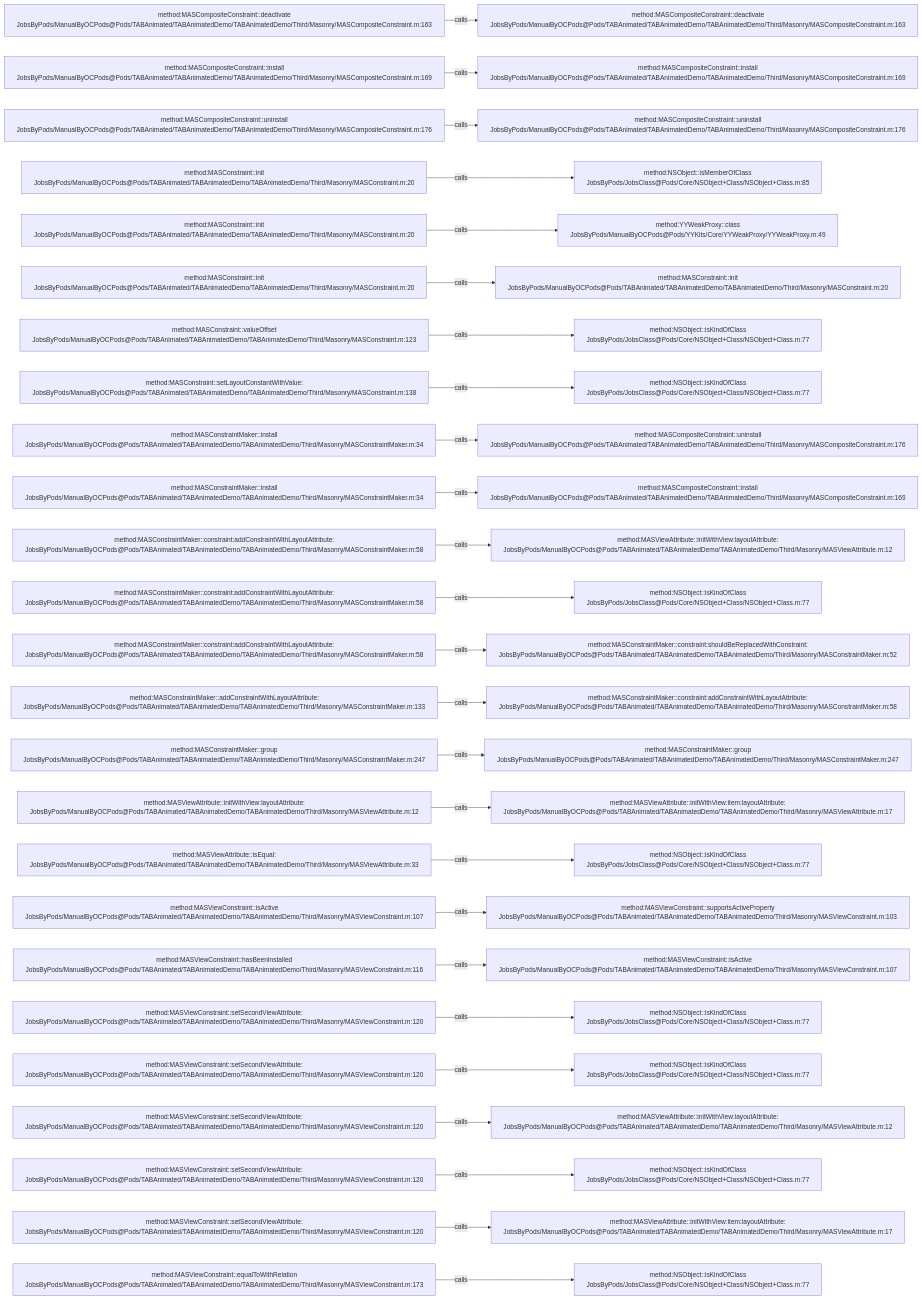
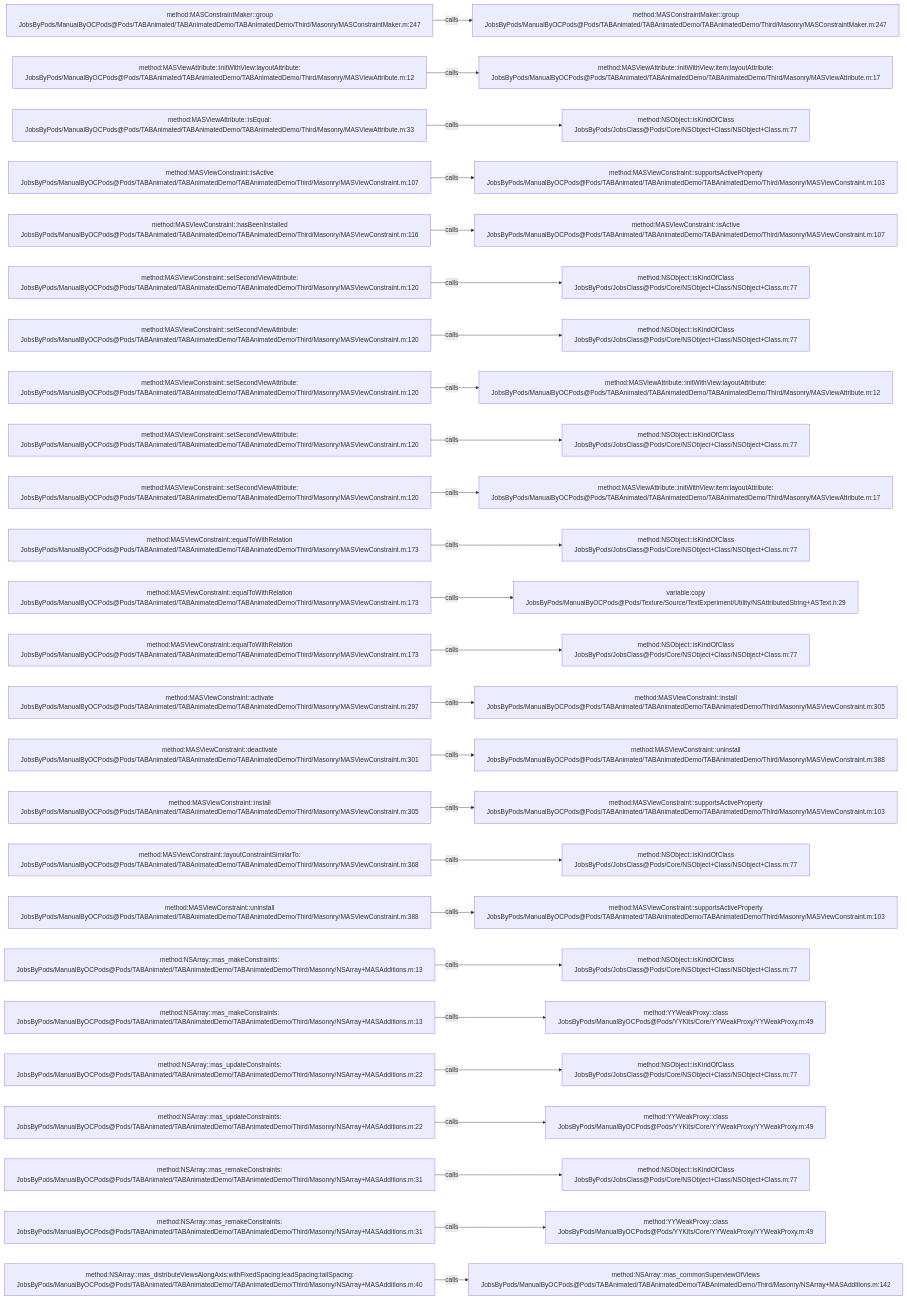
One commit to JobsKits/JobsOCBaseConfigDemo changed the diagram in .codegraph/codegraph.md/graphs/calls-046.md. Above: the diagram before and after it, drawn with Mermaid. The commit also changed 296 other files, not shown here.

````diff
--- a/.codegraph/codegraph.md/graphs/calls-046.md
+++ b/.codegraph/codegraph.md/graphs/calls-046.md
@@ -13,78 +13,78 @@
 ```mermaid
 flowchart LR
-  S1["method:MASCompositeConstraint::deactivate<br/>JobsByPods/ManualByOCPods@Pods/TABAnimated/TABAnimatedDemo/TABAnimatedDemo/Third/Masonry/MASCompositeConstraint.m:163"]
-  T1["method:MASCompositeConstraint::deactivate<br/>JobsByPods/ManualByOCPods@Pods/TABAnimated/TABAnimatedDemo/TABAnimatedDemo/Third/Masonry/MASCompositeConstraint.m:163"]
+  S1["method:MASConstraintMaker::group<br/>JobsByPods/ManualByOCPods@Pods/TABAnimated/TABAnimatedDemo/TABAnimatedDemo/Third/Masonry/MASConstraintMaker.m:247"]
+  T1["method:MASConstraintMaker::group<br/>JobsByPods/ManualByOCPods@Pods/TABAnimated/TABAnimatedDemo/TABAnimatedDemo/Third/Masonry/MASConstraintMaker.m:247"]
   S1 -->|calls| T1
-  S2["method:MASCompositeConstraint::install<br/>JobsByPods/ManualByOCPods@Pods/TABAnimated/TABAnimatedDemo/TABAnimatedDemo/Third/Masonry/MASCompositeConstraint.m:169"]
-  T2["method:MASCompositeConstraint::install<br/>JobsByPods/ManualByOCPods@Pods/TABAnimated/TABAnimatedDemo/TABAnimatedDemo/Third/Masonry/MASCompositeConstraint.m:169"]
+  S2["method:MASViewAttribute::initWithView:layoutAttribute:<br/>JobsByPods/ManualByOCPods@Pods/TABAnimated/TABAnimatedDemo/TABAnimatedDemo/Third/Masonry/MASViewAttribute.m:12"]
+  T2["method:MASViewAttribute::initWithView:item:layoutAttribute:<br/>JobsByPods/ManualByOCPods@Pods/TABAnimated/TABAnimatedDemo/TABAnimatedDemo/Third/Masonry/MASViewAttribute.m:17"]
   S2 -->|calls| T2
-  S3["method:MASCompositeConstraint::uninstall<br/>JobsByPods/ManualByOCPods@Pods/TABAnimated/TABAnimatedDemo/TABAnimatedDemo/Third/Masonry/MASCompositeConstraint.m:176"]
-  T3["method:MASCompositeConstraint::uninstall<br/>JobsByPods/ManualByOCPods@Pods/TABAnimated/TABAnimatedDemo/TABAnimatedDemo/Third/Masonry/MASCompositeConstraint.m:176"]
+  S3["method:MASViewAttribute::isEqual:<br/>JobsByPods/ManualByOCPods@Pods/TABAnimated/TABAnimatedDemo/TABAnimatedDemo/Third/Masonry/MASViewAttribute.m:33"]
+  T3["method:NSObject::isKindOfClass<br/>JobsByPods/JobsClass@Pods/Core/NSObject+Class/NSObject+Class.m:77"]
   S3 -->|calls| T3
-  S4["method:MASConstraint::init<br/>JobsByPods/ManualByOCPods@Pods/TABAnimated/TABAnimatedDemo/TABAnimatedDemo/Third/Masonry/MASConstraint.m:20"]
-  T4["method:NSObject::isMemberOfClass<br/>JobsByPods/JobsClass@Pods/Core/NSObject+Class/NSObject+Class.m:85"]
+  S4["method:MASViewConstraint::isActive<br/>JobsByPods/ManualByOCPods@Pods/TABAnimated/TABAnimatedDemo/TABAnimatedDemo/Third/Masonry/MASViewConstraint.m:107"]
+  T4["method:MASViewConstraint::supportsActiveProperty<br/>JobsByPods/ManualByOCPods@Pods/TABAnimated/TABAnimatedDemo/TABAnimatedDemo/Third/Masonry/MASViewConstraint.m:103"]
   S4 -->|calls| T4
-  S5["method:MASConstraint::init<br/>JobsByPods/ManualByOCPods@Pods/TABAnimated/TABAnimatedDemo/TABAnimatedDemo/Third/Masonry/MASConstraint.m:20"]
-  T5["method:YYWeakProxy::class<br/>JobsByPods/ManualByOCPods@Pods/YYKits/Core/YYWeakProxy/YYWeakProxy.m:49"]
+  S5["method:MASViewConstraint::hasBeenInstalled<br/>JobsByPods/ManualByOCPods@Pods/TABAnimated/TABAnimatedDemo/TABAnimatedDemo/Third/Masonry/MASViewConstraint.m:116"]
+  T5["method:MASViewConstraint::isActive<br/>JobsByPods/ManualByOCPods@Pods/TABAnimated/TABAnimatedDemo/TABAnimatedDemo/Third/Masonry/MASViewConstraint.m:107"]
   S5 -->|calls| T5
-  S6["method:MASConstraint::init<br/>JobsByPods/ManualByOCPods@Pods/TABAnimated/TABAnimatedDemo/TABAnimatedDemo/Third/Masonry/MASConstraint.m:20"]
-  T6["method:MASConstraint::init<br/>JobsByPods/ManualByOCPods@Pods/TABAnimated/TABAnimatedDemo/TABAnimatedDemo/Third/Masonry/MASConstraint.m:20"]
+  S6["method:MASViewConstraint::setSecondViewAttribute:<br/>JobsByPods/ManualByOCPods@Pods/TABAnimated/TABAnimatedDemo/TABAnimatedDemo/Third/Masonry/MASViewConstraint.m:120"]
+  T6["method:NSObject::isKindOfClass<br/>JobsByPods/JobsClass@Pods/Core/NSObject+Class/NSObject+Class.m:77"]
   S6 -->|calls| T6
-  S7["method:MASConstraint::valueOffset<br/>JobsByPods/ManualByOCPods@Pods/TABAnimated/TABAnimatedDemo/TABAnimatedDemo/Third/Masonry/MASConstraint.m:123"]
+  S7["method:MASViewConstraint::setSecondViewAttribute:<br/>JobsByPods/ManualByOCPods@Pods/TABAnimated/TABAnimatedDemo/TABAnimatedDemo/Third/Masonry/MASViewConstraint.m:120"]
   T7["method:NSObject::isKindOfClass<br/>JobsByPods/JobsClass@Pods/Core/NSObject+Class/NSObject+Class.m:77"]
   S7 -->|calls| T7
-  S8["method:MASConstraint::setLayoutConstantWithValue:<br/>JobsByPods/ManualByOCPods@Pods/TABAnimated/TABAnimatedDemo/TABAnimatedDemo/Third/Masonry/MASConstraint.m:138"]
-  T8["method:NSObject::isKindOfClass<br/>JobsByPods/JobsClass@Pods/Core/NSObject+Class/NSObject+Class.m:77"]
+  S8["method:MASViewConstraint::setSecondViewAttribute:<br/>JobsByPods/ManualByOCPods@Pods/TABAnimated/TABAnimatedDemo/TABAnimatedDemo/Third/Masonry/MASViewConstraint.m:120"]
+  T8["method:MASViewAttribute::initWithView:layoutAttribute:<br/>JobsByPods/ManualByOCPods@Pods/TABAnimated/TABAnimatedDemo/TABAnimatedDemo/Third/Masonry/MASViewAttribute.m:12"]
   S8 -->|calls| T8
-  S9["method:MASConstraintMaker::install<br/>JobsByPods/ManualByOCPods@Pods/TABAnimated/TABAnimatedDemo/TABAnimatedDemo/Third/Masonry/MASConstraintMaker.m:34"]
-  T9["method:MASCompositeConstraint::uninstall<br/>JobsByPods/ManualByOCPods@Pods/TABAnimated/TABAnimatedDemo/TABAnimatedDemo/Third/Masonry/MASCompositeConstraint.m:176"]
+  S9["method:MASViewConstraint::setSecondViewAttribute:<br/>JobsByPods/ManualByOCPods@Pods/TABAnimated/TABAnimatedDemo/TABAnimatedDemo/Third/Masonry/MASViewConstraint.m:120"]
+  T9["method:NSObject::isKindOfClass<br/>JobsByPods/JobsClass@Pods/Core/NSObject+Class/NSObject+Class.m:77"]
   S9 -->|calls| T9
-  S10["method:MASConstraintMaker::install<br/>JobsByPods/ManualByOCPods@Pods/TABAnimated/TABAnimatedDemo/TABAnimatedDemo/Third/Masonry/MASConstraintMaker.m:34"]
-  T10["method:MASCompositeConstraint::install<br/>JobsByPods/ManualByOCPods@Pods/TABAnimated/TABAnimatedDemo/TABAnimatedDemo/Third/Masonry/MASCompositeConstraint.m:169"]
+  S10["method:MASViewConstraint::setSecondViewAttribute:<br/>JobsByPods/ManualByOCPods@Pods/TABAnimated/TABAnimatedDemo/TABAnimatedDemo/Third/Masonry/MASViewConstraint.m:120"]
+  T10["method:MASViewAttribute::initWithView:item:layoutAttribute:<br/>JobsByPods/ManualByOCPods@Pods/TABAnimated/TABAnimatedDemo/TABAnimatedDemo/Third/Masonry/MASViewAttribute.m:17"]
   S10 -->|calls| T10
-  S11["method:MASConstraintMaker::constraint:addConstraintWithLayoutAttribute:<br/>JobsByPods/ManualByOCPods@Pods/TABAnimated/TABAnimatedDemo/TABAnimatedDemo/Third/Masonry/MASConstraintMaker.m:58"]
-  T11["method:MASViewAttribute::initWithView:layoutAttribute:<br/>JobsByPods/ManualByOCPods@Pods/TABAnimated/TABAnimatedDemo/TABAnimatedDemo/Third/Masonry/MASViewAttribute.m:12"]
+  S11["method:MASViewConstraint::equalToWithRelation<br/>JobsByPods/ManualByOCPods@Pods/TABAnimated/TABAnimatedDemo/TABAnimatedDemo/Third/Masonry/MASViewConstraint.m:173"]
+  T11["method:NSObject::isKindOfClass<br/>JobsByPods/JobsClass@Pods/Core/NSObject+Class/NSObject+Class.m:77"]
   S11 -->|calls| T11
-  S12["method:MASConstraintMaker::constraint:addConstraintWithLayoutAttribute:<br/>JobsByPods/ManualByOCPods@Pods/TABAnimated/TABAnimatedDemo/TABAnimatedDemo/Third/Masonry/MASConstraintMaker.m:58"]
-  T12["method:NSObject::isKindOfClass<br/>JobsByPods/JobsClass@Pods/Core/NSObject+Class/NSObject+Class.m:77"]
+  S12["method:MASViewConstraint::equalToWithRelation<br/>JobsByPods/ManualByOCPods@Pods/TABAnimated/TABAnimatedDemo/TABAnimatedDemo/Third/Masonry/MASViewConstraint.m:173"]
+  T12["variable:copy<br/>JobsByPods/ManualByOCPods@Pods/Texture/Source/TextExperiment/Utility/NSAttributedString+ASText.h:29"]
   S12 -->|calls| T12
-  S13["method:MASConstraintMaker::constraint:addConstraintWithLayoutAttribute:<br/>JobsByPods/ManualByOCPods@Pods/TABAnimated/TABAnimatedDemo/TABAnimatedDemo/Third/Masonry/MASConstraintMaker.m:58"]
-  T13["method:MASConstraintMaker::constraint:shouldBeReplacedWithConstraint:<br/>JobsByPods/ManualByOCPods@Pods/TABAnimated/TABAnimatedDemo/TABAnimatedDemo/Third/Masonry/MASConstraintMaker.m:52"]
+  S13["method:MASViewConstraint::equalToWithRelation<br/>JobsByPods/ManualByOCPods@Pods/TABAnimated/TABAnimatedDemo/TABAnimatedDemo/Third/Masonry/MASViewConstraint.m:173"]
+  T13["method:NSObject::isKindOfClass<br/>JobsByPods/JobsClass@Pods/Core/NSObject+Class/NSObject+Class.m:77"]
   S13 -->|calls| T13
-  S14["method:MASConstraintMaker::addConstraintWithLayoutAttribute:<br/>JobsByPods/ManualByOCPods@Pods/TABAnimated/TABAnimatedDemo/TABAnimatedDemo/Third/Masonry/MASConstraintMaker.m:133"]
-  T14["method:MASConstraintMaker::constraint:addConstraintWithLayoutAttribute:<br/>JobsByPods/ManualByOCPods@Pods/TABAnimated/TABAnimatedDemo/TABAnimatedDemo/Third/Masonry/MASConstraintMaker.m:58"]
+  S14["method:MASViewConstraint::activate<br/>JobsByPods/ManualByOCPods@Pods/TABAnimated/TABAnimatedDemo/TABAnimatedDemo/Third/Masonry/MASViewConstraint.m:297"]
+  T14["method:MASViewConstraint::install<br/>JobsByPods/ManualByOCPods@Pods/TABAnimated/TABAnimatedDemo/TABAnimatedDemo/Third/Masonry/MASViewConstraint.m:305"]
   S14 -->|calls| T14
-  S15["method:MASConstraintMaker::group<br/>JobsByPods/ManualByOCPods@Pods/TABAnimated/TABAnimatedDemo/TABAnimatedDemo/Third/Masonry/MASConstraintMaker.m:247"]
-  T15["method:MASConstraintMaker::group<br/>JobsByPods/ManualByOCPods@Pods/TABAnimated/TABAnimatedDemo/TABAnimatedDemo/Third/Masonry/MASConstraintMaker.m:247"]
+  S15["method:MASViewConstraint::deactivate<br/>JobsByPods/ManualByOCPods@Pods/TABAnimated/TABAnimatedDemo/TABAnimatedDemo/Third/Masonry/MASViewConstraint.m:301"]
+  T15["method:MASViewConstraint::uninstall<br/>JobsByPods/ManualByOCPods@Pods/TABAnimated/TABAnimatedDemo/TABAnimatedDemo/Third/Masonry/MASViewConstraint.m:388"]
   S15 -->|calls| T15
-  S16["method:MASViewAttribute::initWithView:layoutAttribute:<br/>JobsByPods/ManualByOCPods@Pods/TABAnimated/TABAnimatedDemo/TABAnimatedDemo/Third/Masonry/MASViewAttribute.m:12"]
-  T16["method:MASViewAttribute::initWithView:item:layoutAttribute:<br/>JobsByPods/ManualByOCPods@Pods/TABAnimated/TABAnimatedDemo/TABAnimatedDemo/Third/Masonry/MASViewAttribute.m:17"]
+  S16["method:MASViewConstraint::install<br/>JobsByPods/ManualByOCPods@Pods/TABAnimated/TABAnimatedDemo/TABAnimatedDemo/Third/Masonry/MASViewConstraint.m:305"]
+  T16["method:MASViewConstraint::supportsActiveProperty<br/>JobsByPods/ManualByOCPods@Pods/TABAnimated/TABAnimatedDemo/TABAnimatedDemo/Third/Masonry/MASViewConstraint.m:103"]
   S16 -->|calls| T16
-  S17["method:MASViewAttribute::isEqual:<br/>JobsByPods/ManualByOCPods@Pods/TABAnimated/TABAnimatedDemo/TABAnimatedDemo/Third/Masonry/MASViewAttribute.m:33"]
+  S17["method:MASViewConstraint::layoutConstraintSimilarTo:<br/>JobsByPods/ManualByOCPods@Pods/TABAnimated/TABAnimatedDemo/TABAnimatedDemo/Third/Masonry/MASViewConstraint.m:368"]
   T17["method:NSObject::isKindOfClass<br/>JobsByPods/JobsClass@Pods/Core/NSObject+Class/NSObject+Class.m:77"]
   S17 -->|calls| T17
-  S18["method:MASViewConstraint::isActive<br/>JobsByPods/ManualByOCPods@Pods/TABAnimated/TABAnimatedDemo/TABAnimatedDemo/Third/Masonry/MASViewConstraint.m:107"]
+  S18["method:MASViewConstraint::uninstall<br/>JobsByPods/ManualByOCPods@Pods/TABAnimated/TABAnimatedDemo/TABAnimatedDemo/Third/Masonry/MASViewConstraint.m:388"]
   T18["method:MASViewConstraint::supportsActiveProperty<br/>JobsByPods/ManualByOCPods@Pods/TABAnimated/TABAnimatedDemo/TABAnimatedDemo/Third/Masonry/MASViewConstraint.m:103"]
   S18 -->|calls| T18
-  S19["method:MASViewConstraint::hasBeenInstalled<br/>JobsByPods/ManualByOCPods@Pods/TABAnimated/TABAnimatedDemo/TABAnimatedDemo/Third/Masonry/MASViewConstraint.m:116"]
-  T19["method:MASViewConstraint::isActive<br/>JobsByPods/ManualByOCPods@Pods/TABAnimated/TABAnimatedDemo/TABAnimatedDemo/Third/Masonry/MASViewConstraint.m:107"]
+  S19["method:NSArray::mas_makeConstraints:<br/>JobsByPods/ManualByOCPods@Pods/TABAnimated/TABAnimatedDemo/TABAnimatedDemo/Third/Masonry/NSArray+MASAdditions.m:13"]
+  T19["method:NSObject::isKindOfClass<br/>JobsByPods/JobsClass@Pods/Core/NSObject+Class/NSObject+Class.m:77"]
   S19 -->|calls| T19
-  S20["method:MASViewConstraint::setSecondViewAttribute:<br/>JobsByPods/ManualByOCPods@Pods/TABAnimated/TABAnimatedDemo/TABAnimatedDemo/Third/Masonry/MASViewConstraint.m:120"]
-  T20["method:NSObject::isKindOfClass<br/>JobsByPods/JobsClass@Pods/Core/NSObject+Class/NSObject+Class.m:77"]
+  S20["method:NSArray::mas_makeConstraints:<br/>JobsByPods/ManualByOCPods@Pods/TABAnimated/TABAnimatedDemo/TABAnimatedDemo/Third/Masonry/NSArray+MASAdditions.m:13"]
+  T20["method:YYWeakProxy::class<br/>JobsByPods/ManualByOCPods@Pods/YYKits/Core/YYWeakProxy/YYWeakProxy.m:49"]
   S20 -->|calls| T20
-  S21["method:MASViewConstraint::setSecondViewAttribute:<br/>JobsByPods/ManualByOCPods@Pods/TABAnimated/TABAnimatedDemo/TABAnimatedDemo/Third/Masonry/MASViewConstraint.m:120"]
+  S21["method:NSArray::mas_updateConstraints:<br/>JobsByPods/ManualByOCPods@Pods/TABAnimated/TABAnimatedDemo/TABAnimatedDemo/Third/Masonry/NSArray+MASAdditions.m:22"]
   T21["method:NSObject::isKindOfClass<br/>JobsByPods/JobsClass@Pods/Core/NSObject+Class/NSObject+Class.m:77"]
   S21 -->|calls| T21
-  S22["method:MASViewConstraint::setSecondViewAttribute:<br/>JobsByPods/ManualByOCPods@Pods/TABAnimated/TABAnimatedDemo/TABAnimatedDemo/Third/Masonry/MASViewConstraint.m:120"]
-  T22["method:MASViewAttribute::initWithView:layoutAttribute:<br/>JobsByPods/ManualByOCPods@Pods/TABAnimated/TABAnimatedDemo/TABAnimatedDemo/Third/Masonry/MASViewAttribute.m:12"]
+  S22["method:NSArray::mas_updateConstraints:<br/>JobsByPods/ManualByOCPods@Pods/TABAnimated/TABAnimatedDemo/TABAnimatedDemo/Third/Masonry/NSArray+MASAdditions.m:22"]
+  T22["method:YYWeakProxy::class<br/>JobsByPods/ManualByOCPods@Pods/YYKits/Core/YYWeakProxy/YYWeakProxy.m:49"]
   S22 -->|calls| T22
-  S23["method:MASViewConstraint::setSecondViewAttribute:<br/>JobsByPods/ManualByOCPods@Pods/TABAnimated/TABAnimatedDemo/TABAnimatedDemo/Third/Masonry/MASViewConstraint.m:120"]
+  S23["method:NSArray::mas_remakeConstraints:<br/>JobsByPods/ManualByOCPods@Pods/TABAnimated/TABAnimatedDemo/TABAnimatedDemo/Third/Masonry/NSArray+MASAdditions.m:31"]
   T23["method:NSObject::isKindOfClass<br/>JobsByPods/JobsClass@Pods/Core/NSObject+Class/NSObject+Class.m:77"]
   S23 -->|calls| T23
-  S24["method:MASViewConstraint::setSecondViewAttribute:<br/>JobsByPods/ManualByOCPods@Pods/TABAnimated/TABAnimatedDemo/TABAnimatedDemo/Third/Masonry/MASViewConstraint.m:120"]
-  T24["method:MASViewAttribute::initWithView:item:layoutAttribute:<br/>JobsByPods/ManualByOCPods@Pods/TABAnimated/TABAnimatedDemo/TABAnimatedDemo/Third/Masonry/MASViewAttribute.m:17"]
+  S24["method:NSArray::mas_remakeConstraints:<br/>JobsByPods/ManualByOCPods@Pods/TABAnimated/TABAnimatedDemo/TABAnimatedDemo/Third/Masonry/NSArray+MASAdditions.m:31"]
+  T24["method:YYWeakProxy::class<br/>JobsByPods/ManualByOCPods@Pods/YYKits/Core/YYWeakProxy/YYWeakProxy.m:49"]
   S24 -->|calls| T24
-  S25["method:MASViewConstraint::equalToWithRelation<br/>JobsByPods/ManualByOCPods@Pods/TABAnimated/TABAnimatedDemo/TABAnimatedDemo/Third/Masonry/MASViewConstraint.m:173"]
-  T25["method:NSObject::isKindOfClass<br/>JobsByPods/JobsClass@Pods/Core/NSObject+Class/NSObject+Class.m:77"]
+  S25["method:NSArray::mas_distributeViewsAlongAxis:withFixedSpacing:leadSpacing:tailSpacing:<br/>JobsByPods/ManualByOCPods@Pods/TABAnimated/TABAnimatedDemo/TABAnimatedDemo/Third/Masonry/NSArray+MASAdditions.m:40"]
+  T25["method:NSArray::mas_commonSuperviewOfViews<br/>JobsByPods/ManualByOCPods@Pods/TABAnimated/TABAnimatedDemo/TABAnimatedDemo/Third/Masonry/NSArray+MASAdditions.m:142"]
   S25 -->|calls| T25
 ```
````
